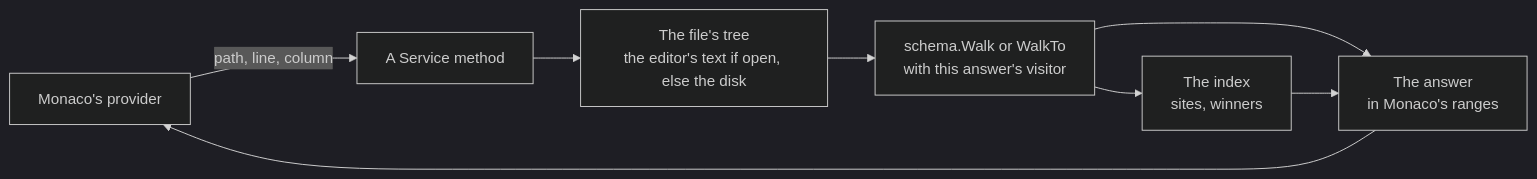
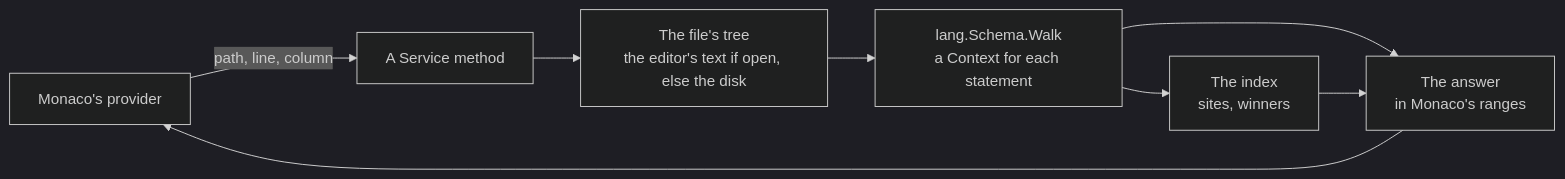
Before and after one commit to idodavis/paradox-modding-tools: the diagram in services/lsp/README.md, drawn with Mermaid (dark theme). The commit also changed other lines of this file and 126 other files, not shown here.

Commit message:
Main portion of refactor done. Split schema into two packages to support more sensible and logical design. More to come

````diff
--- a/services/lsp/README.md
+++ b/services/lsp/README.md
@@ -26,10 +26,10 @@
 ```mermaid
 flowchart LR
   monaco["Monaco's provider"] -->|path, line, column| method["A Service method"]
   method --> tree["The file's tree<br/>the editor's text if open, else the disk"]
-  tree --> walk["schema.Walk or WalkTo<br/>with this answer's visitor"]
+  tree --> walk["lang.Schema.Walk<br/>a Context for each statement"]
   walk --> index["The index<br/>sites, winners"]
   walk --> answer["The answer<br/>in Monaco's ranges"]
   index --> answer
   answer --> monaco
 ```
````
